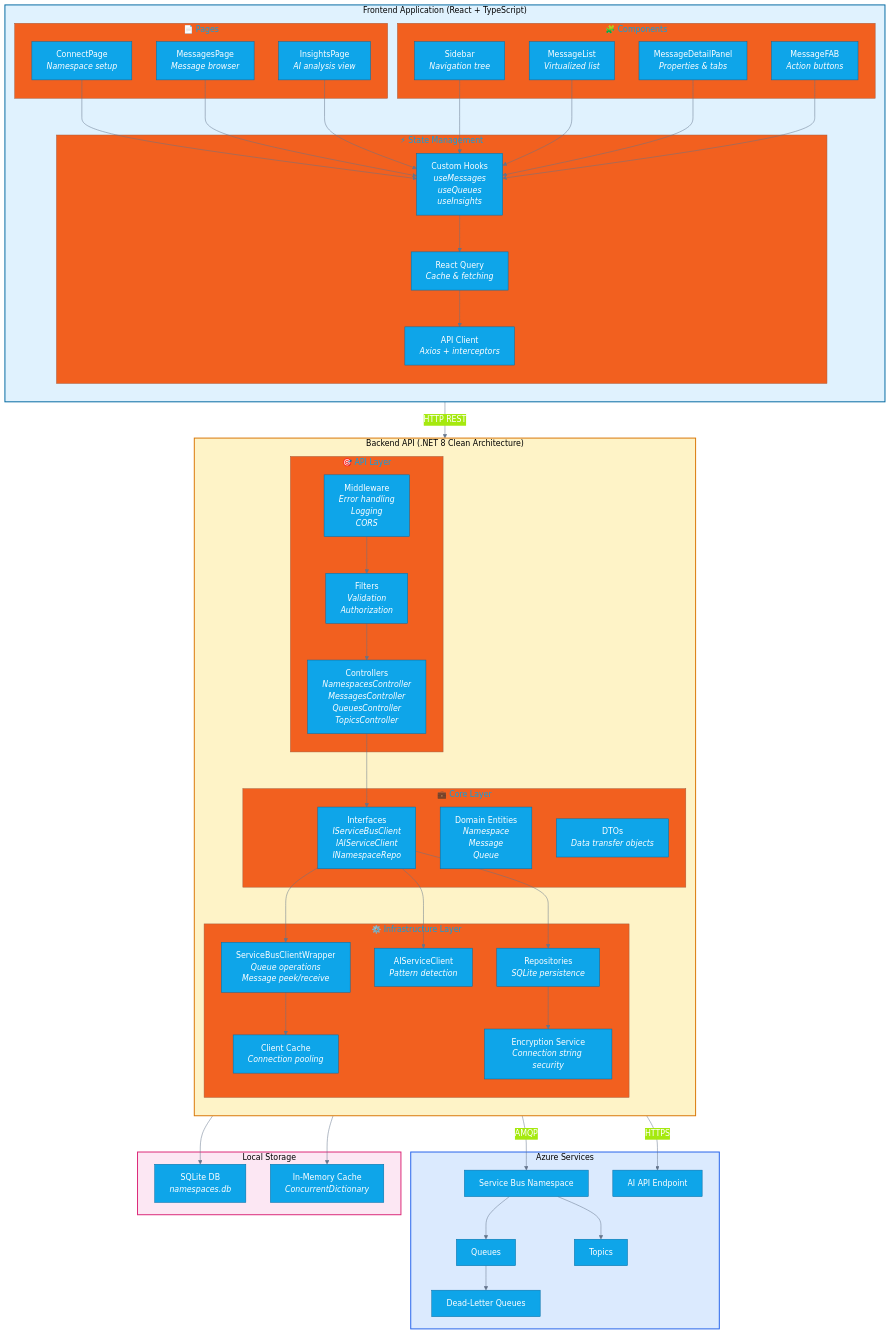
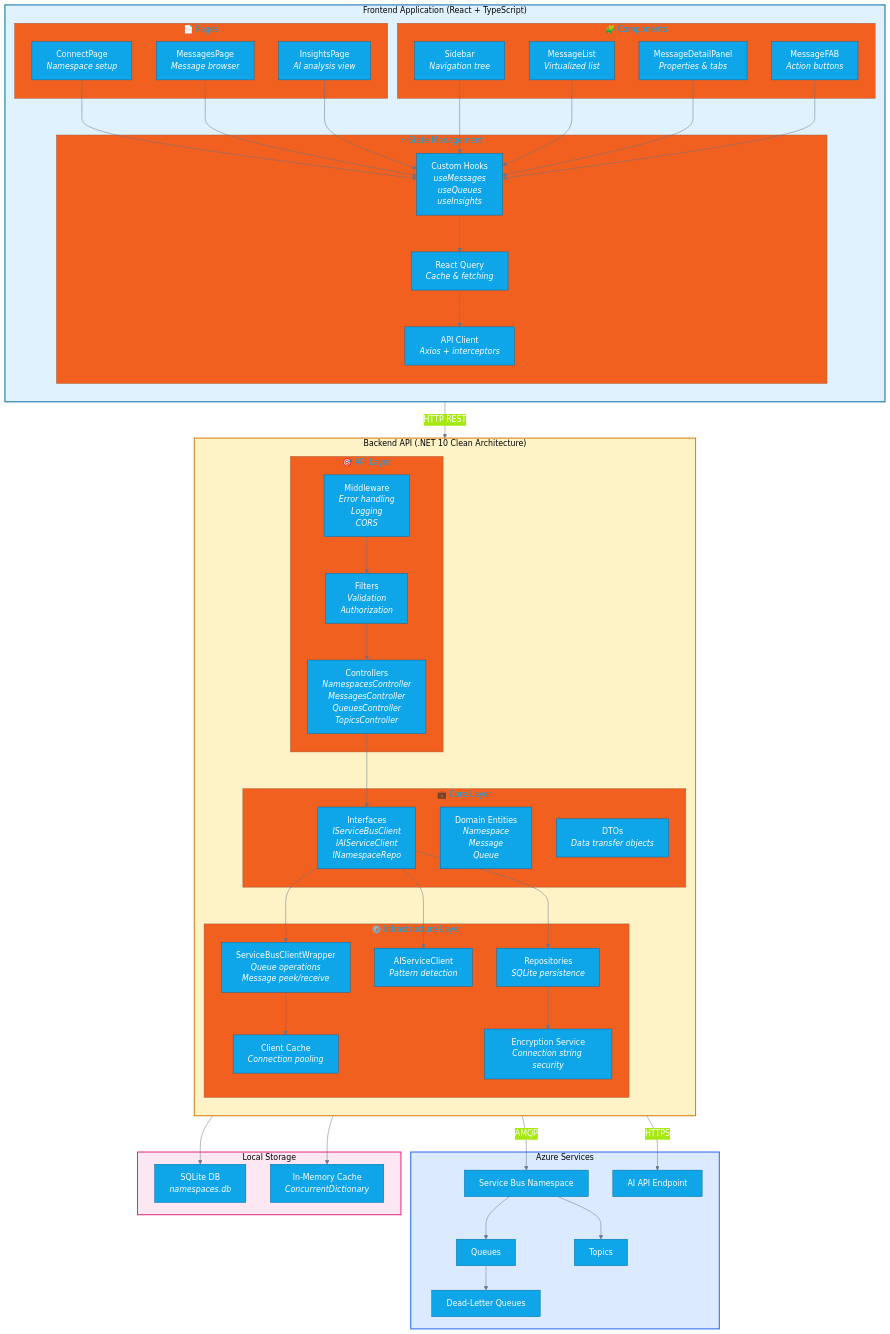
Before and after one commit to debdevops/servicehub: the second of 12 diagrams in docs/COMPREHENSIVE-GUIDE.md, drawn with Mermaid. The commit also changed other lines of this file and 40 other files, not shown here.

```diff
--- a/docs/COMPREHENSIVE-GUIDE.md
+++ b/docs/COMPREHENSIVE-GUIDE.md
@@ -142,7 +142,7 @@
         end
     end
     
-    subgraph Backend["Backend API (.NET 8 Clean Architecture)"]
+    subgraph Backend["Backend API (.NET 10 Clean Architecture)"]
         direction TB
         
         subgraph API_Layer["🎯 API Layer"]
```
